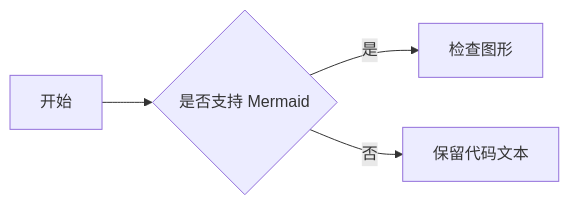
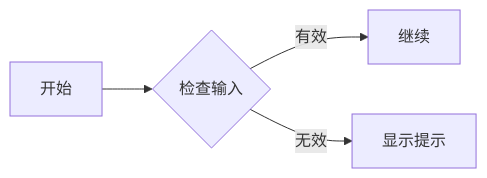
The first of 4 diagrams in docs/测试文档.md (lincux0/marker), drawn with Mermaid before and after one commit. The commit also changed other lines of this file and 1 other file, not shown here.

````diff
--- a/docs/测试文档.md
+++ b/docs/测试文档.md
@@ -327,6 +468,6 @@
 ```mermaid
 flowchart LR
-  A[开始] --> B{是否支持 Mermaid}
-  B -->|是| C[检查图形]
-  B -->|否| D[保留代码文本]
+  A[开始] --> B{检查输入}
+  B -->|有效| C[继续]
+  B -->|无效| D[显示提示]
 ```
````
